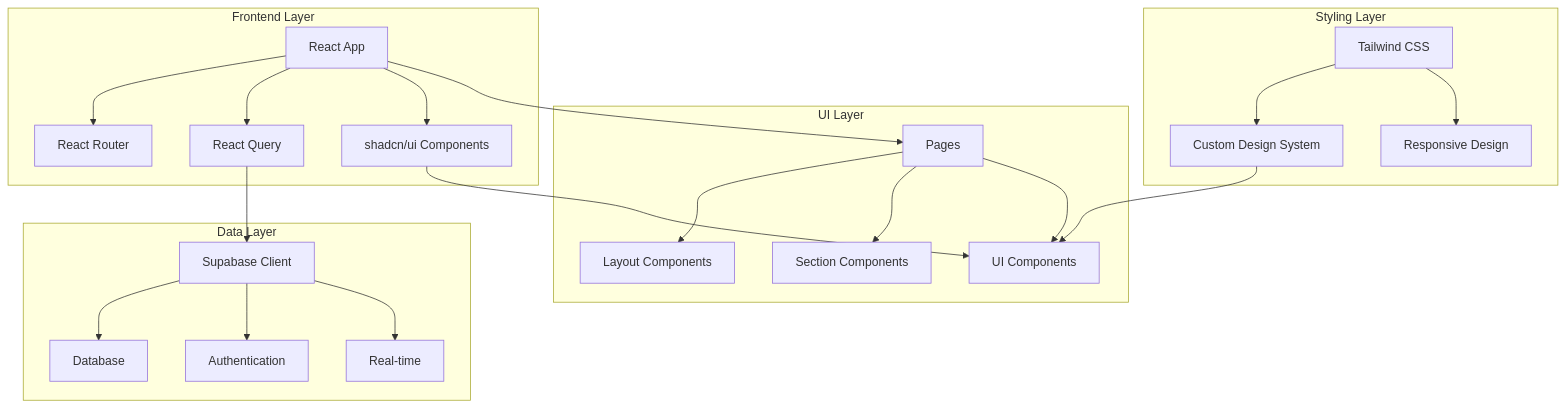
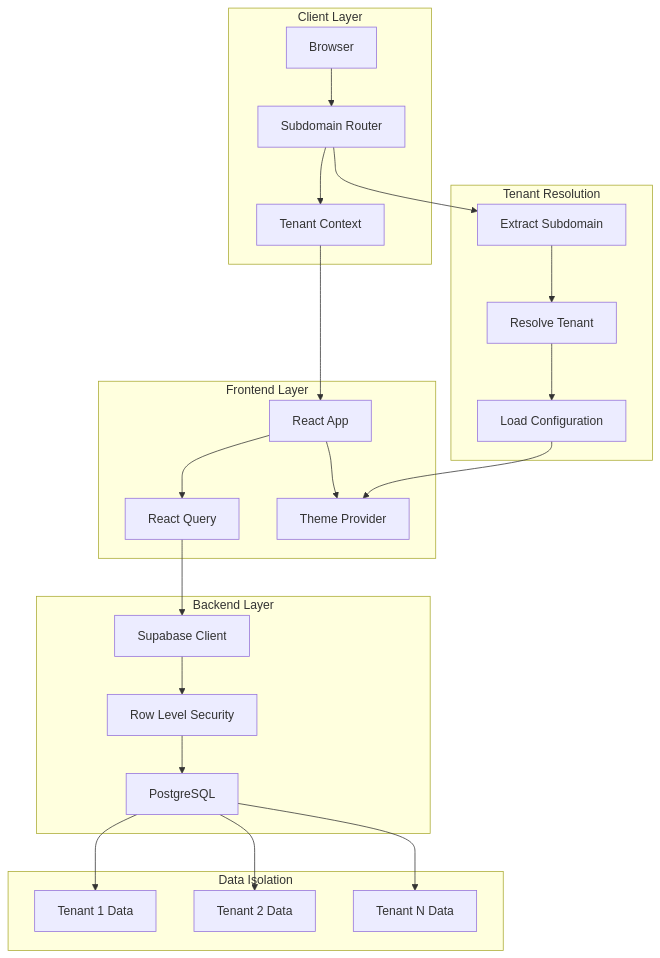
One commit to flaviokosta79/quentinhas2.0 changed the diagram in README.md. Above: the diagram before and after it, drawn with Mermaid. The commit also changed other lines of this file and 6 other files, not shown here.

````diff
--- a/README.md
+++ b/README.md
@@ -40,30 +135,32 @@
 ```mermaid
 graph TB
-    subgraph "Frontend Layer"
-        A[React App] --> B[React Router]
-        A --> C[React Query]
-        A --> D[shadcn/ui Components]
+    subgraph "Client Layer"
+        A[Browser] --> B[Subdomain Router]
+        B --> C[Tenant Context]
     end
     
-    subgraph "UI Layer"
-        E[Pages] --> F[Layout Components]
-        E --> G[Section Components]
-        E --> H[UI Components]
+    subgraph "Frontend Layer"
+        C --> D[React App]
+        D --> E[React Query]
+        D --> F[Theme Provider]
     end
     
-    subgraph "Data Layer"
-        I[Supabase Client] --> J[Database]
-        I --> K[Authentication]
-        I --> L[Real-time]
+    subgraph "Backend Layer"
+        E --> G[Supabase Client]
+        G --> H[Row Level Security]
+        H --> I[PostgreSQL]
     end
     
-    subgraph "Styling Layer"
-        M[Tailwind CSS] --> N[Custom Design System]
-        M --> O[Responsive Design]
+    subgraph "Data Isolation"
+        I --> J[Tenant 1 Data]
+        I --> K[Tenant 2 Data]
+        I --> L[Tenant N Data]
     end
     
-    A --> E
-    C --> I
-    D --> H
-    N --> H
+    subgraph "Tenant Resolution"
+        B --> M[Extract Subdomain]
+        M --> N[Resolve Tenant]
+        N --> O[Load Configuration]
+        O --> F
+    end
 ```
````
